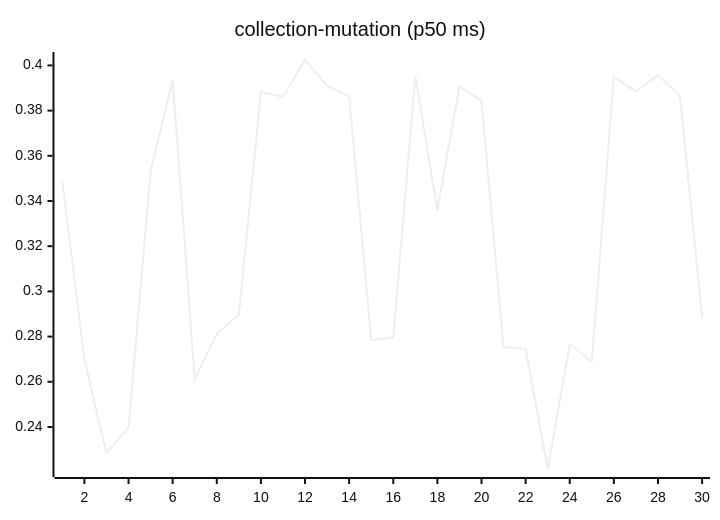
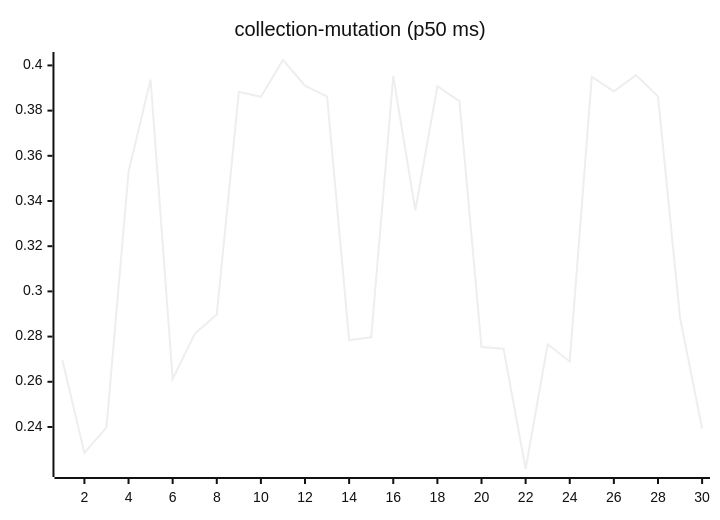
Before and after one commit to josha/Facet: the sixth of 27 diagrams in README.md, drawn with Mermaid (neutral theme). The commit also changed other lines of this file and 2 other files, not shown here.

````diff
--- a/README.md
+++ b/README.md
@@ -98,6 +98,6 @@
 ```mermaid
 xychart-beta
     title "collection-mutation (p50 ms)"
     x-axis 1 --> 30
-    line [0.3488, 0.2697, 0.2285, 0.2398, 0.3530, 0.3937, 0.2612, 0.2812, 0.2898, 0.3883, 0.3861, 0.4024, 0.3910, 0.3862, 0.2784, 0.2797, 0.3953, 0.3359, 0.3908, 0.3842, 0.2754, 0.2746, 0.2214, 0.2766, 0.2690, 0.3950, 0.3885, 0.3957, 0.3863, 0.2883]
+    line [0.2697, 0.2285, 0.2398, 0.3530, 0.3937, 0.2612, 0.2812, 0.2898, 0.3883, 0.3861, 0.4024, 0.3910, 0.3862, 0.2784, 0.2797, 0.3953, 0.3359, 0.3908, 0.3842, 0.2754, 0.2746, 0.2214, 0.2766, 0.2690, 0.3950, 0.3885, 0.3957, 0.3863, 0.2883, 0.2393]
 ```
````
